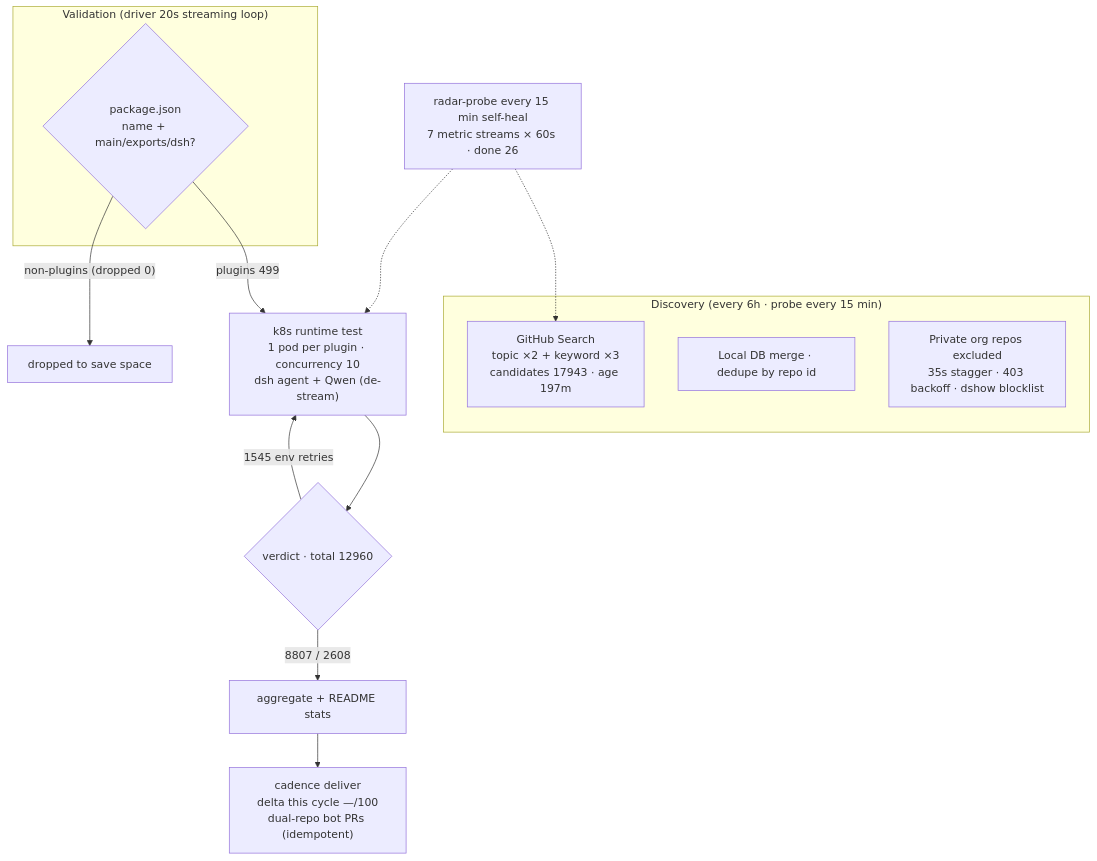
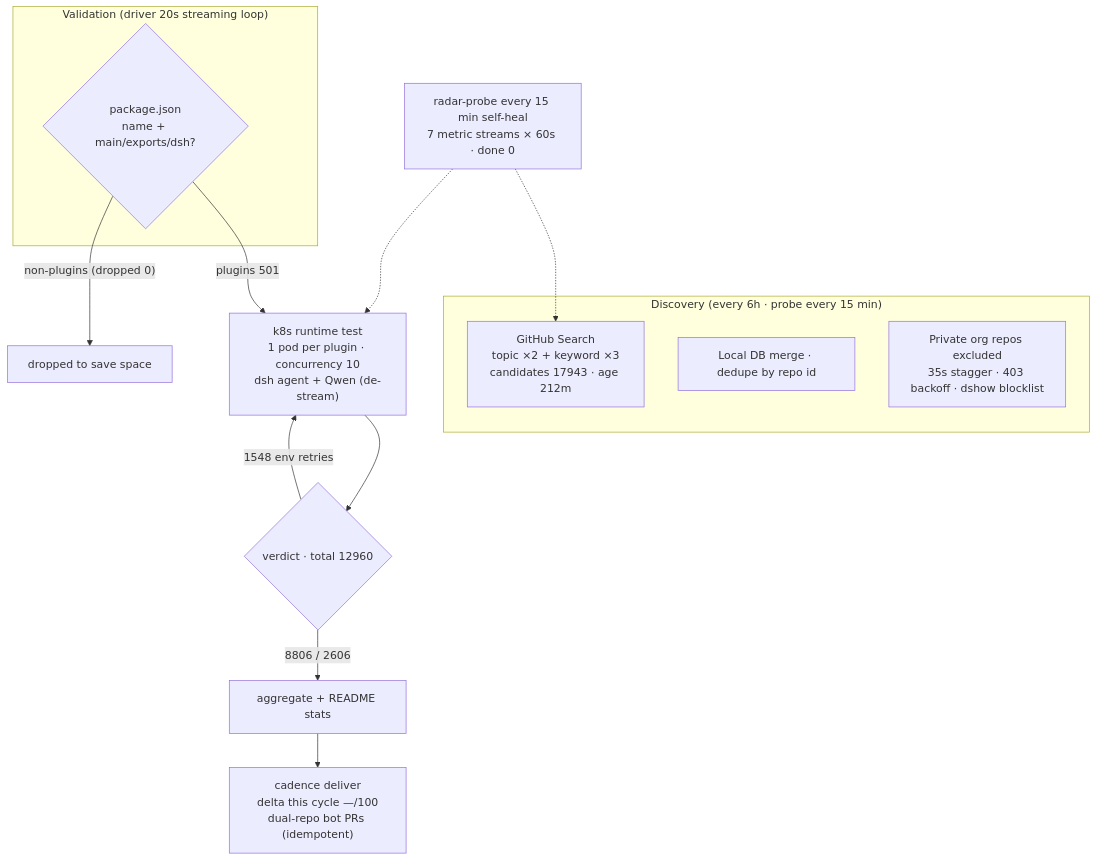
One commit to AdamPlatin123/awesome-dsh-plugins changed the diagram in README.en-US.md. Above: the diagram before and after it, drawn with Mermaid. The commit also changed other lines of this file and 5 other files, not shown here.

````diff
--- a/README.en-US.md
+++ b/README.en-US.md
@@ -45,20 +45,20 @@
 ```mermaid
 flowchart TB
     subgraph Discovery["Discovery (every 6h · probe every 15 min)"]
-        A1["GitHub Search<br/>topic ×2 + keyword ×3<br/>candidates 17943 · age 197m"]
+        A1["GitHub Search<br/>topic ×2 + keyword ×3<br/>candidates 17943 · age 212m"]
         A2["Local DB merge · dedupe by repo id"]
         A3["Private org repos excluded<br/>35s stagger · 403 backoff · dshow blocklist"]
     end
     subgraph Validation["Validation (driver 20s streaming loop)"]
         B1{"package.json<br/>name + main/exports/dsh?"}
     end
-    B1 -->|"plugins 499"| C1["k8s runtime test<br/>1 pod per plugin · concurrency 10<br/>dsh agent + Qwen (de-stream)"]
+    B1 -->|"plugins 501"| C1["k8s runtime test<br/>1 pod per plugin · concurrency 10<br/>dsh agent + Qwen (de-stream)"]
     B1 -->|"non-plugins (dropped 0)"| B3["dropped to save space"]
     C1 --> D1{"verdict · total 12960"}
-    D1 -->|"8807 / 2608"| E1["aggregate + README stats"]
-    D1 -->|"1545 env retries"| C1
+    D1 -->|"8806 / 2606"| E1["aggregate + README stats"]
+    D1 -->|"1548 env retries"| C1
     E1 --> E2["cadence deliver<br/>delta this cycle —/100<br/>dual-repo bot PRs (idempotent)"]
-    M["radar-probe every 15 min self-heal<br/>7 metric streams × 60s · done 26"]
+    M["radar-probe every 15 min self-heal<br/>7 metric streams × 60s · done 0"]
     M -.-> A1
     M -.-> C1
 ```
````
